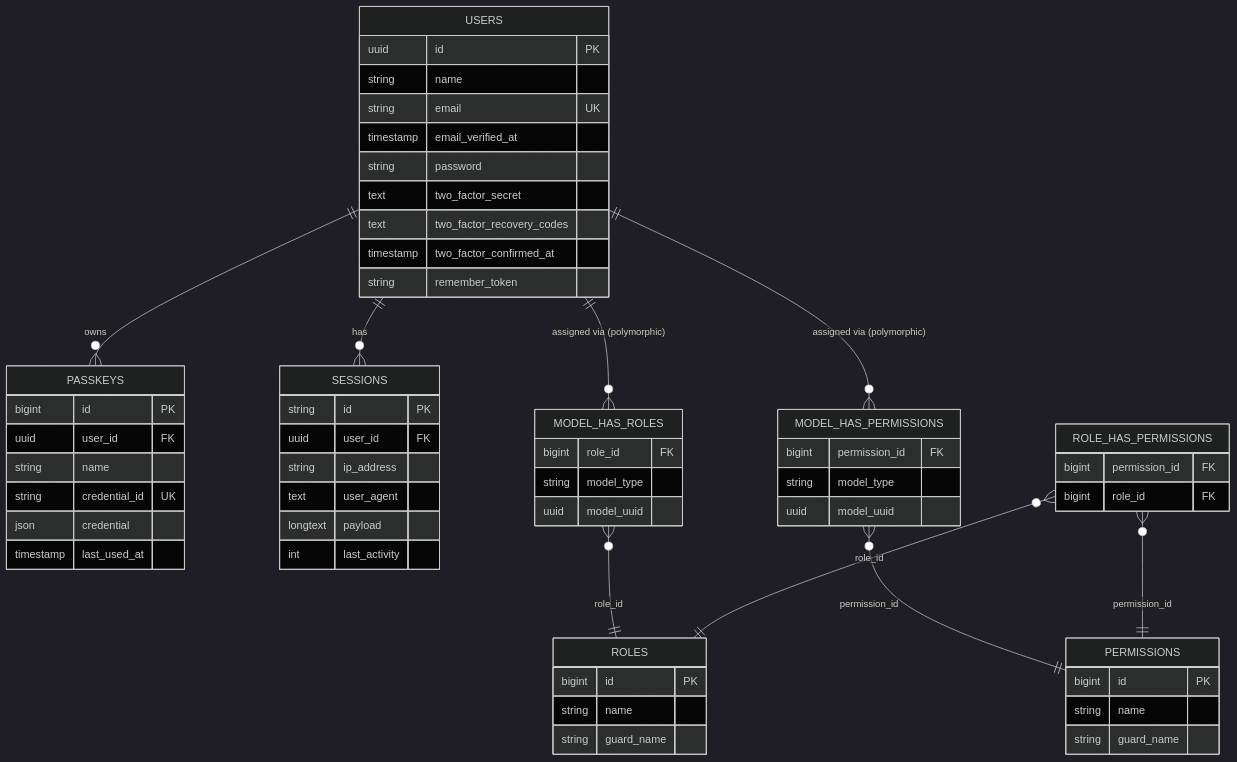
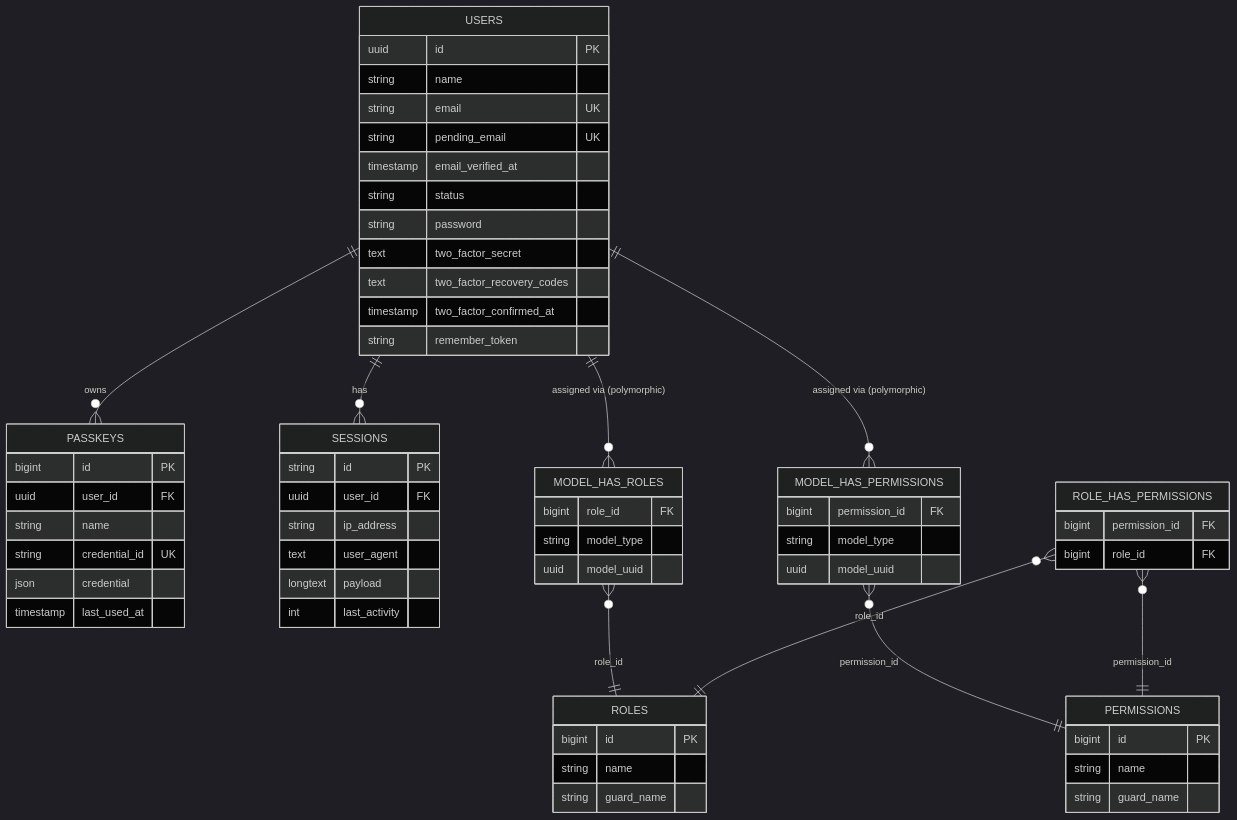
The diagram in arospe/docs/database/schema.md (LIDR-academy/AI4Devs-finalproject), drawn with Mermaid (dark theme) before and after one commit. The commit also changed other lines of this file and 10 other files, not shown here.

First line of the commit message:
docs: sync docs/ for the status and email-verification lifecycle (task 0003)

````diff
--- a/arospe/docs/database/schema.md
+++ b/arospe/docs/database/schema.md
@@ -14,63 +14,65 @@
 ```mermaid
 erDiagram
     USERS ||--o{ PASSKEYS : owns
     USERS ||--o{ SESSIONS : has
     USERS ||--o{ MODEL_HAS_ROLES : "assigned via (polymorphic)"
     USERS ||--o{ MODEL_HAS_PERMISSIONS : "assigned via (polymorphic)"
     MODEL_HAS_ROLES }o--|| ROLES : role_id
     MODEL_HAS_PERMISSIONS }o--|| PERMISSIONS : permission_id
     ROLE_HAS_PERMISSIONS }o--|| ROLES : role_id
     ROLE_HAS_PERMISSIONS }o--|| PERMISSIONS : permission_id
 
     USERS {
         uuid id PK
         string name
         string email UK
+        string pending_email UK
         timestamp email_verified_at
+        string status
         string password
         text two_factor_secret
         text two_factor_recovery_codes
         timestamp two_factor_confirmed_at
         string remember_token
     }
     PASSKEYS {
         bigint id PK
         uuid user_id FK
         string name
         string credential_id UK
         json credential
         timestamp last_used_at
     }
     SESSIONS {
         string id PK
         uuid user_id FK
         string ip_address
         text user_agent
         longtext payload
         int last_activity
     }
     ROLES {
         bigint id PK
         string name
         string guard_name
     }
     PERMISSIONS {
         bigint id PK
         string name
         string guard_name
     }
     MODEL_HAS_ROLES {
         bigint role_id FK
         string model_type
         uuid model_uuid
     }
     MODEL_HAS_PERMISSIONS {
         bigint permission_id FK
         string model_type
         uuid model_uuid
     }
     ROLE_HAS_PERMISSIONS {
         bigint permission_id FK
         bigint role_id FK
     }
 ```
````
